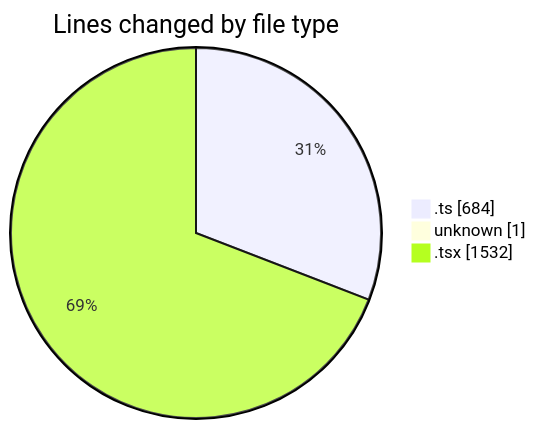
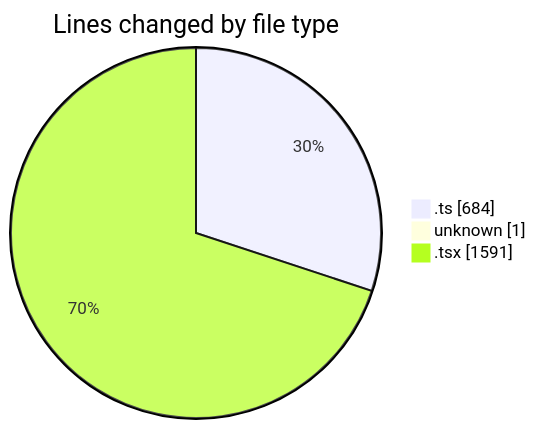
Before and after one commit to robertbonfada/code-tracking: the first of 2 diagrams in 2025-02-17/mbc-web/README.md, drawn with Mermaid. The commit also changed other lines of this file and 1 other file, not shown here.

````diff
--- a/2025-02-17/mbc-web/README.md
+++ b/2025-02-17/mbc-web/README.md
@@ -32,7 +33,7 @@
 ```mermaid
 pie showData
 title Lines changed by file type
 ".ts" : 684
 "unknown" : 1
-".tsx" : 1532
+".tsx" : 1591
 ```
````
